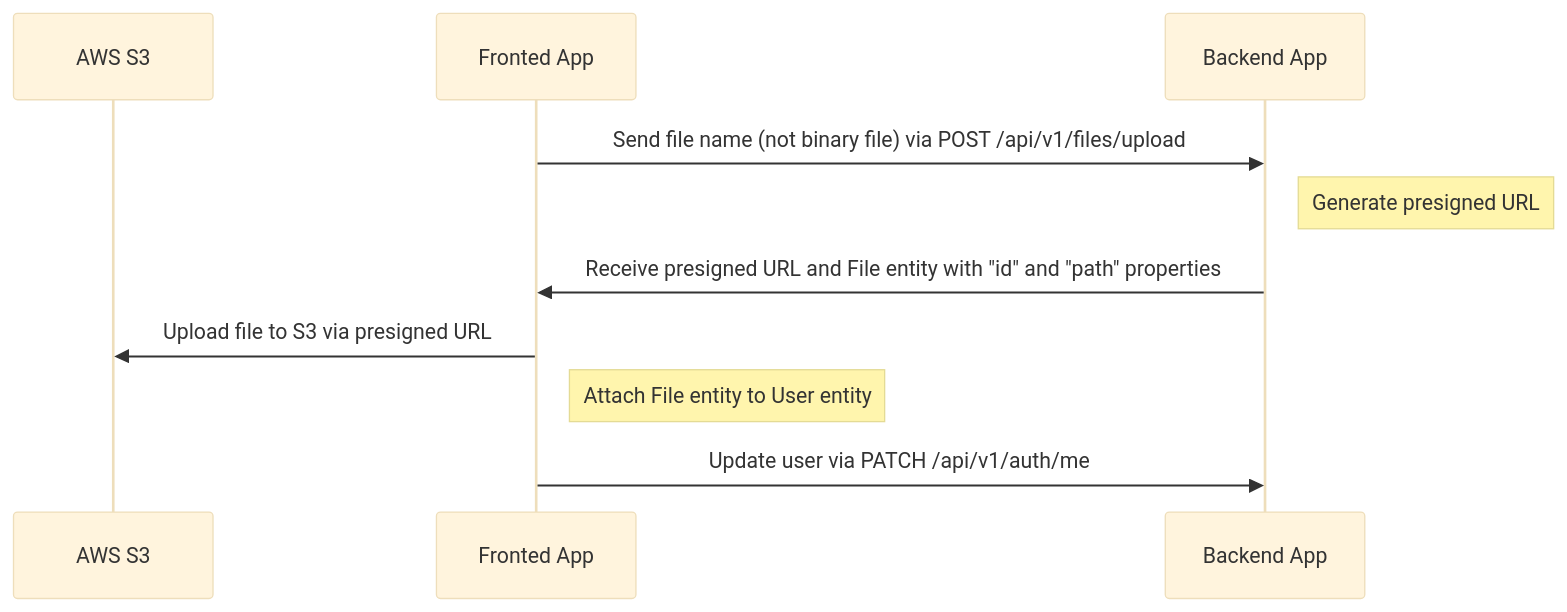
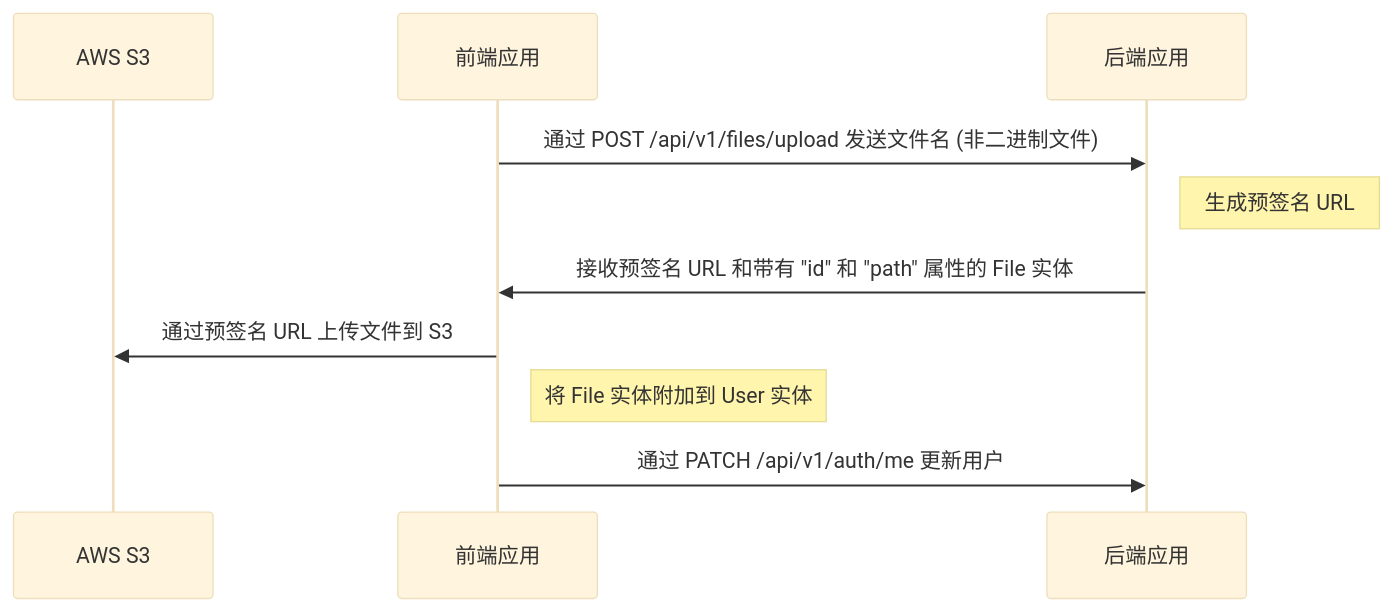
The third of 3 diagrams in docs/file-uploading.md (hankaibo/myhospital-nest), drawn with Mermaid (base theme) before and after one commit. The commit also changed other lines of this file and 31 other files, not shown here.

````diff
--- a/docs/file-uploading.md
+++ b/docs/file-uploading.md
@@ -160,14 +160,14 @@
 ```mermaid
 sequenceDiagram
     participant C as AWS S3
-    participant A as Fronted App
+    participant A as 前端应用
     
-    participant B as Backend App
+    participant B as 后端应用
 
-    A->>B: Send file name (not binary file) via POST /api/v1/files/upload
-    note right of B: Generate presigned URL
-    B->>A: Receive presigned URL and File entity with "id" and "path" properties
-    A->>C: Upload file to S3 via presigned URL
-    note right of A: Attach File entity to User entity
-    A->>B: Update user via PATCH /api/v1/auth/me
+    A->>B: 通过 POST /api/v1/files/upload 发送文件名 (非二进制文件)
+    note right of B: 生成预签名 URL
+    B->>A: 接收预签名 URL 和带有 "id" 和 "path" 属性的 File 实体
+    A->>C: 通过预签名 URL 上传文件到 S3
+    note right of A: 将 File 实体附加到 User 实体
+    A->>B: 通过 PATCH /api/v1/auth/me 更新用户
 ```
````
